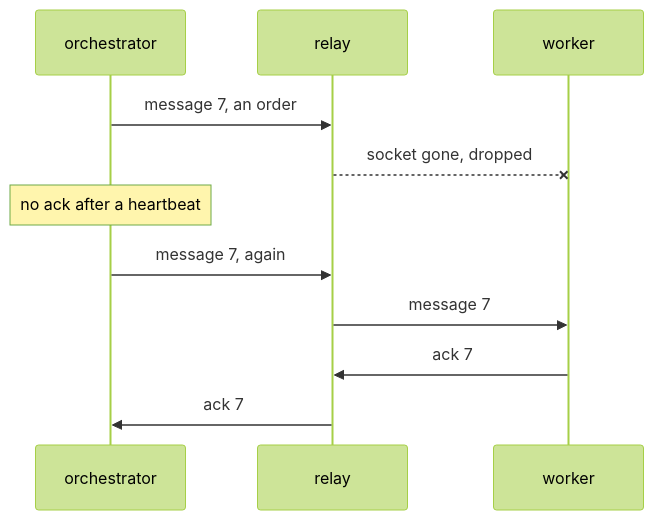
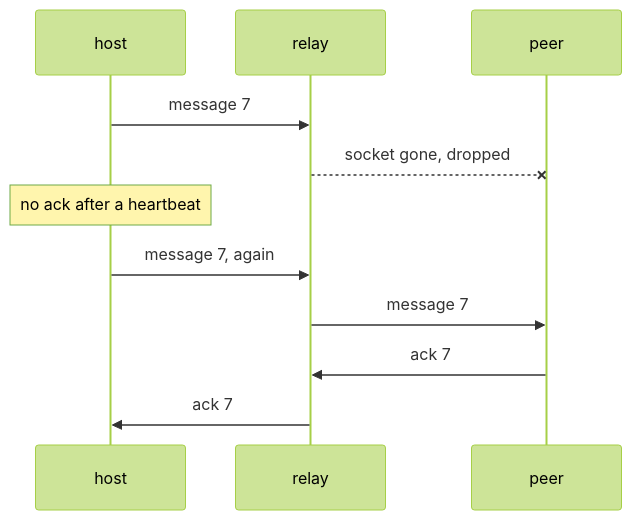
One commit to vznjs/vx changed the second of 3 diagrams in private/vx-docs/src/content/docs/blog/relay-stores-nothing.md. Above: the diagram before and after it, drawn with Mermaid (forest theme). The commit also changed other lines of this file and 2 other files, not shown here.

````diff
--- a/private/vx-docs/src/content/docs/blog/relay-stores-nothing.md
+++ b/private/vx-docs/src/content/docs/blog/relay-stores-nothing.md
@@ -31,13 +44,13 @@
 ```mermaid
 sequenceDiagram
-  participant O as orchestrator
+  participant H as host
   participant R as relay
-  participant W as worker
-  O->>R: message 7, an order
-  R--xW: socket gone, dropped
-  Note over O: no ack after a heartbeat
-  O->>R: message 7, again
-  R->>W: message 7
-  W->>R: ack 7
-  R->>O: ack 7
+  participant P as peer
+  H->>R: message 7
+  R--xP: socket gone, dropped
+  Note over H: no ack after a heartbeat
+  H->>R: message 7, again
+  R->>P: message 7
+  P->>R: ack 7
+  R->>H: ack 7
 ```
````
